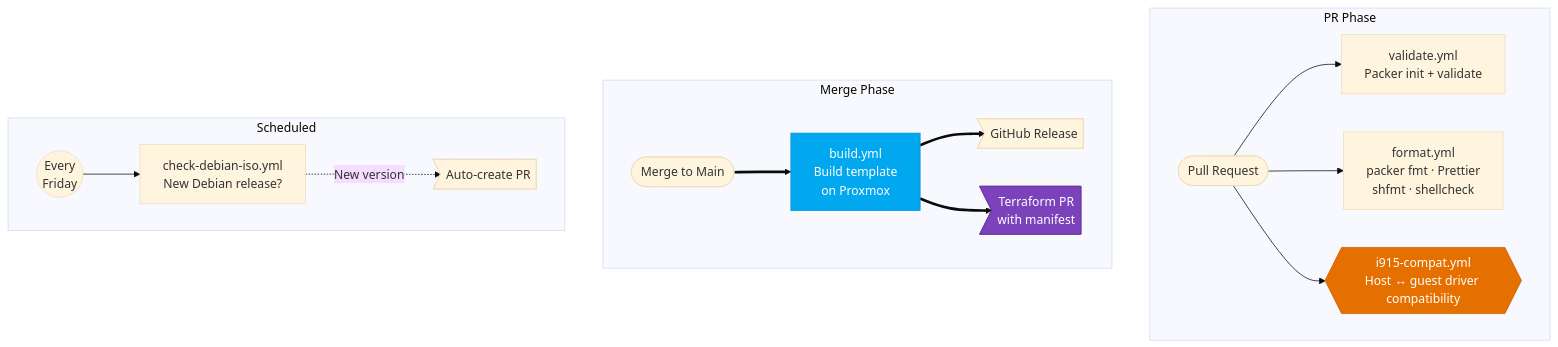
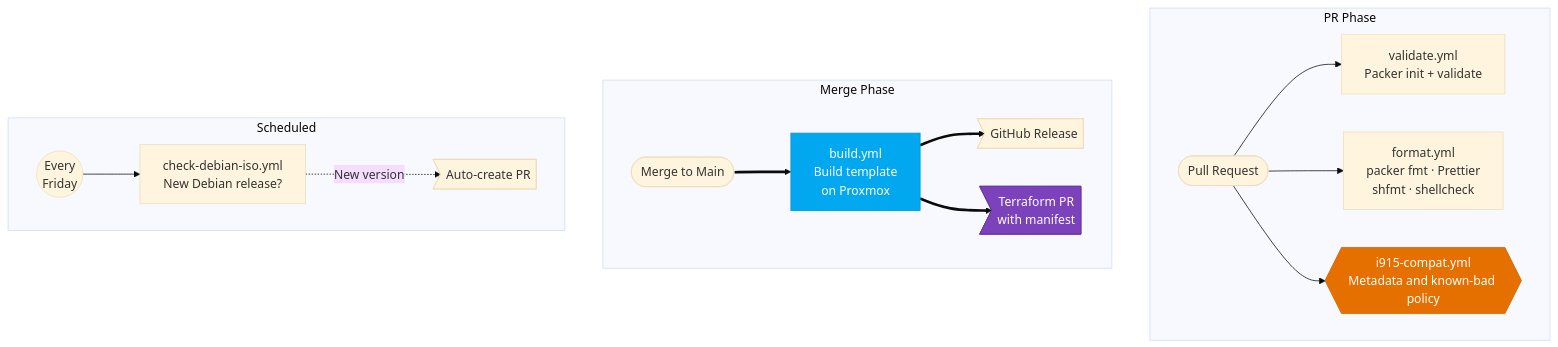
The second of 3 diagrams in README.md (Starktastic-Homelab/packer), drawn with Mermaid (base theme) before and after one commit. The commit also changed other lines of this file and 4 other files, not shown here.

Commit message:
fix(i915): require explicit metadata and regression policy checks (#108)

````diff
--- a/README.md
+++ b/README.md
@@ -134,26 +134,26 @@
 ```mermaid
 flowchart TD
     subgraph pr["PR Phase"]
         PR([Pull Request]) --> V[validate.yml\nPacker init + validate]
         PR --> F[format.yml\npacker fmt · Prettier\nshfmt · shellcheck]
-        PR --> DRV{{i915-compat.yml\nHost ↔ guest driver compatibility}}
+        PR --> DRV{{i915-compat.yml\nMetadata and known-bad policy}}
     end
 
     subgraph merge["Merge Phase"]
         M([Merge to Main]) ==> B[build.yml\nBuild template\non Proxmox]
         B ==> REL>GitHub Release]
         B ==> TF>Terraform PR\nwith manifest]
     end
 
     subgraph sched["Scheduled"]
         CRON((Every\nFriday)) --> ISO[check-debian-iso.yml\nNew Debian release?]
         ISO -.->|New version| PR2>Auto-create PR]
     end
 
     classDef build fill:#02A8EF,stroke:#0196D4,color:#fff
     classDef dispatch fill:#7B42BC,stroke:#6A35A3,color:#fff
     classDef gate fill:#E57000,stroke:#CC6300,color:#fff
     class B build
     class TF dispatch
     class DRV gate
 ```
````
